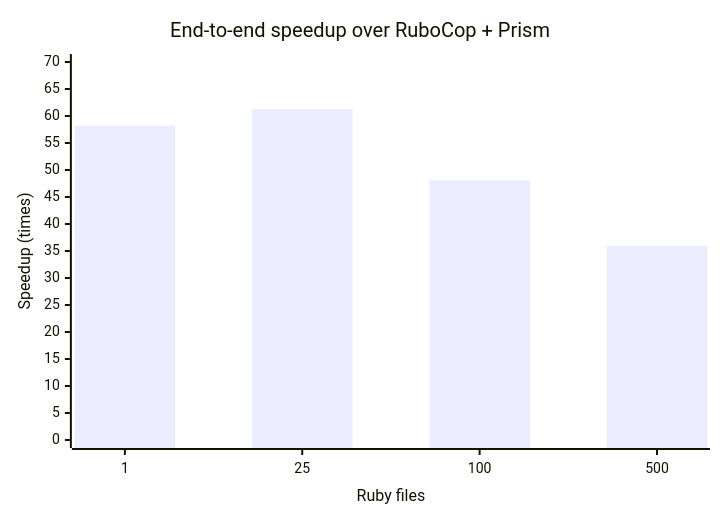
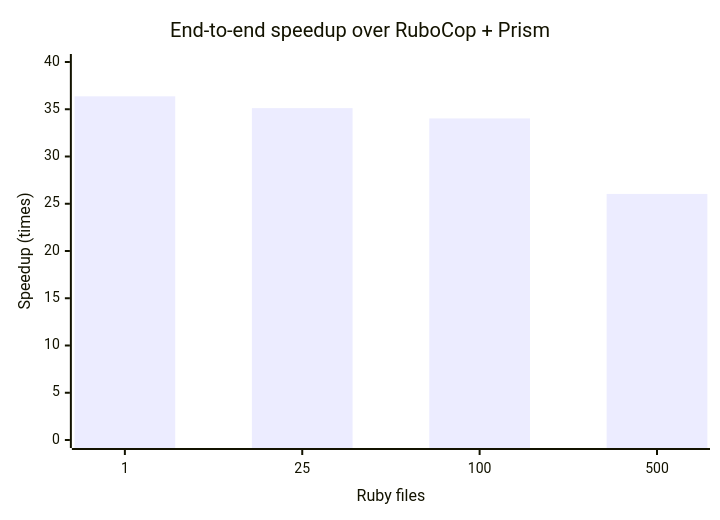
One commit to myxoh/rustocop changed the diagram in docs/performance.md. Above: the diagram before and after it, drawn with Mermaid. The commit also changed other lines of this file and 9 other files, not shown here.

````diff
--- a/docs/performance.md
+++ b/docs/performance.md
@@ -103,7 +103,7 @@
 ```mermaid
 xychart-beta
     title "End-to-end speedup over RuboCop + Prism"
     x-axis "Ruby files" [1, 25, 100, 500]
-    y-axis "Speedup (times)" 0 --> 70
-    bar [58.22, 61.28, 48.09, 35.92]
+    y-axis "Speedup (times)" 0 --> 40
+    bar [36.37, 35.12, 34.03, 26.04]
 ```
````
